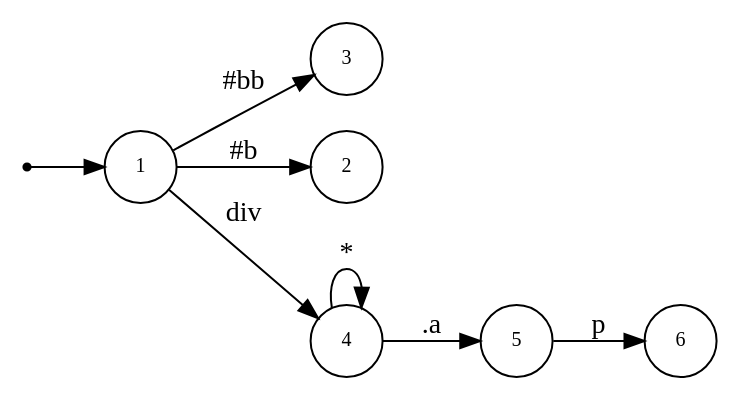
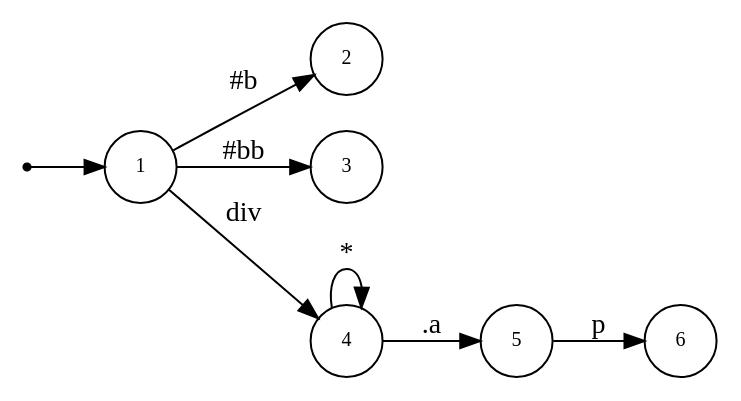
One commit to asukaminato0721/css-bitvector-compiler changed the diagram in css-gen-op/testcase/dot.dot. Above: the diagram before and after it, drawn with Graphviz. The commit also changed other lines of this file and 19 other files, not shown here.

```diff
--- a/css-gen-op/testcase/dot.dot
+++ b/css-gen-op/testcase/dot.dot
@@ -1,19 +1,19 @@
 digraph NFA {
   rankdir=LR;
   node [shape=circle, fontsize=10];
   __start [shape=point, label=""];
   __start -> 1;
+  2 [label="2"];
+  3 [label="3"];
   6 [label="6"];
   1 [label="1"];
-  3 [label="3"];
-  2 [label="2"];
   4 [label="4"];
   5 [label="5"];
   { node [shape=doublecircle]; 2 3 6 }
   1 -> 2 [label="#b"];
   1 -> 3 [label="#bb"];
   1 -> 4 [label="div"];
   4 -> 4 [label="*"];
   4 -> 5 [label=".a"];
   5 -> 6 [label="p"];
 }
```
